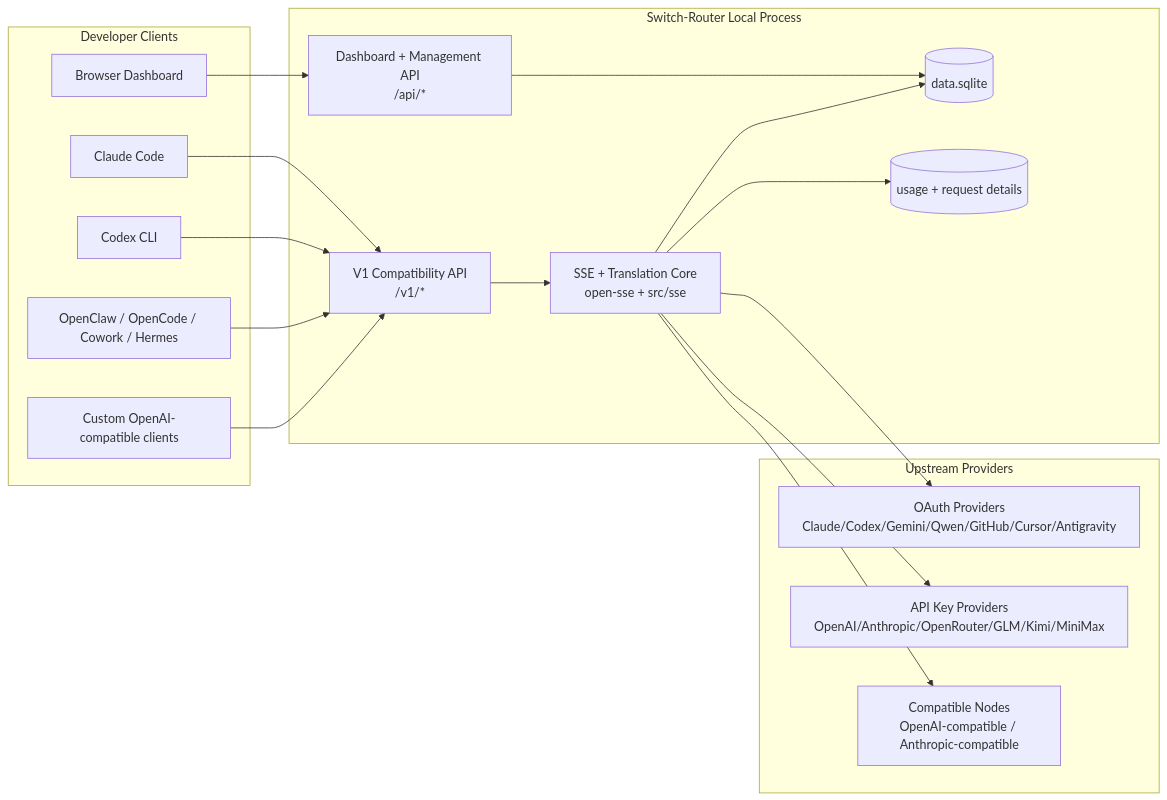
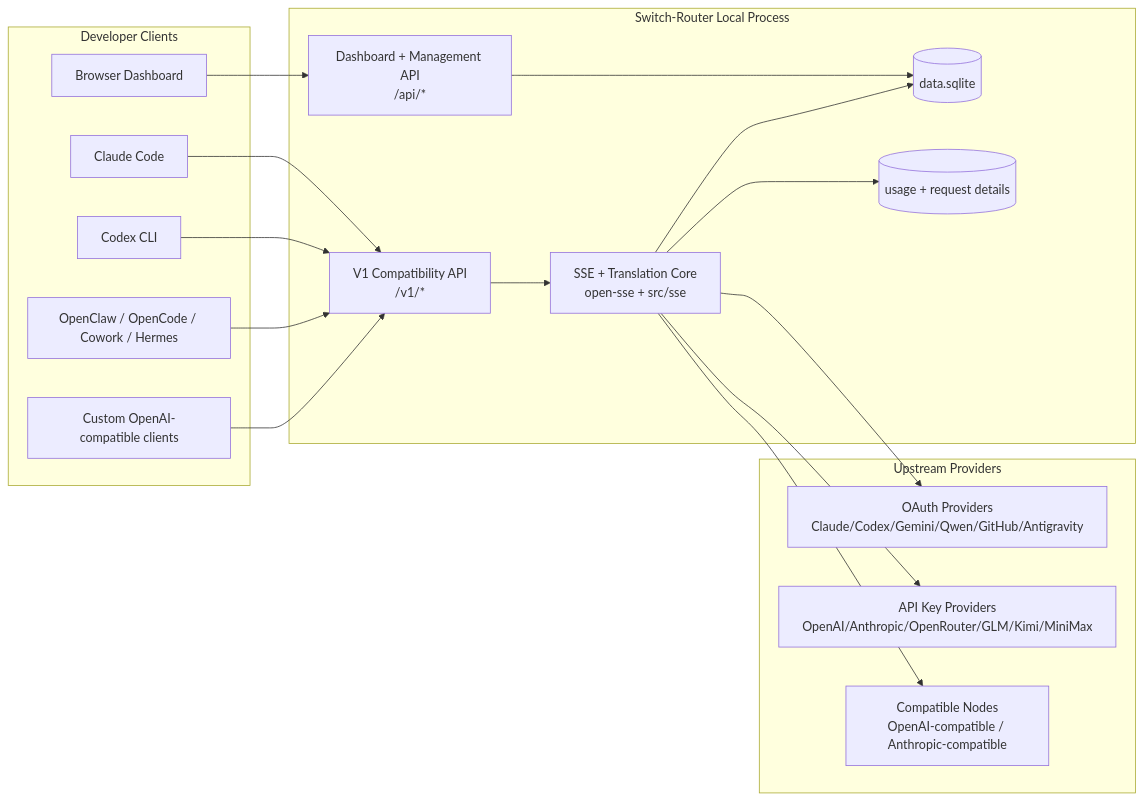
The first of 6 diagrams in docs/ARCHITECTURE.md (ManhND226677/switch-router), drawn with Mermaid before and after one commit. The commit also changed other lines of this file and 92 other files, not shown here.

First line of the commit message:
feat: v0.10.9 - remove xai, cursor, commandcode, xiaomi-mimo providers

````diff
--- a/docs/ARCHITECTURE.md
+++ b/docs/ARCHITECTURE.md
@@ -42,40 +42,40 @@
 ```mermaid
 flowchart LR
     subgraph Clients[Developer Clients]
         C1[Claude Code]
         C2[Codex CLI]
         C3[OpenClaw / OpenCode / Cowork / Hermes]
         C4[Custom OpenAI-compatible clients]
         BROWSER[Browser Dashboard]
     end
 
     subgraph Router[Switch-Router Local Process]
         API[V1 Compatibility API\n/v1/*]
         DASH[Dashboard + Management API\n/api/*]
         CORE[SSE + Translation Core\nopen-sse + src/sse]
         DB[(data.sqlite)]
         UDB[(usage + request details)]
     end
 
     subgraph Upstreams[Upstream Providers]
-        P1[OAuth Providers\nClaude/Codex/Gemini/Qwen/GitHub/Cursor/Antigravity]
+        P1[OAuth Providers\nClaude/Codex/Gemini/Qwen/GitHub/Antigravity]
         P2[API Key Providers\nOpenAI/Anthropic/OpenRouter/GLM/Kimi/MiniMax]
         P3[Compatible Nodes\nOpenAI-compatible / Anthropic-compatible]
     end
 
     C1 --> API
     C2 --> API
     C3 --> API
     C4 --> API
     BROWSER --> DASH
 
     API --> CORE
     DASH --> DB
     CORE --> DB
     CORE --> UDB
 
     CORE --> P1
     CORE --> P2
     CORE --> P3
 
 ```
````
